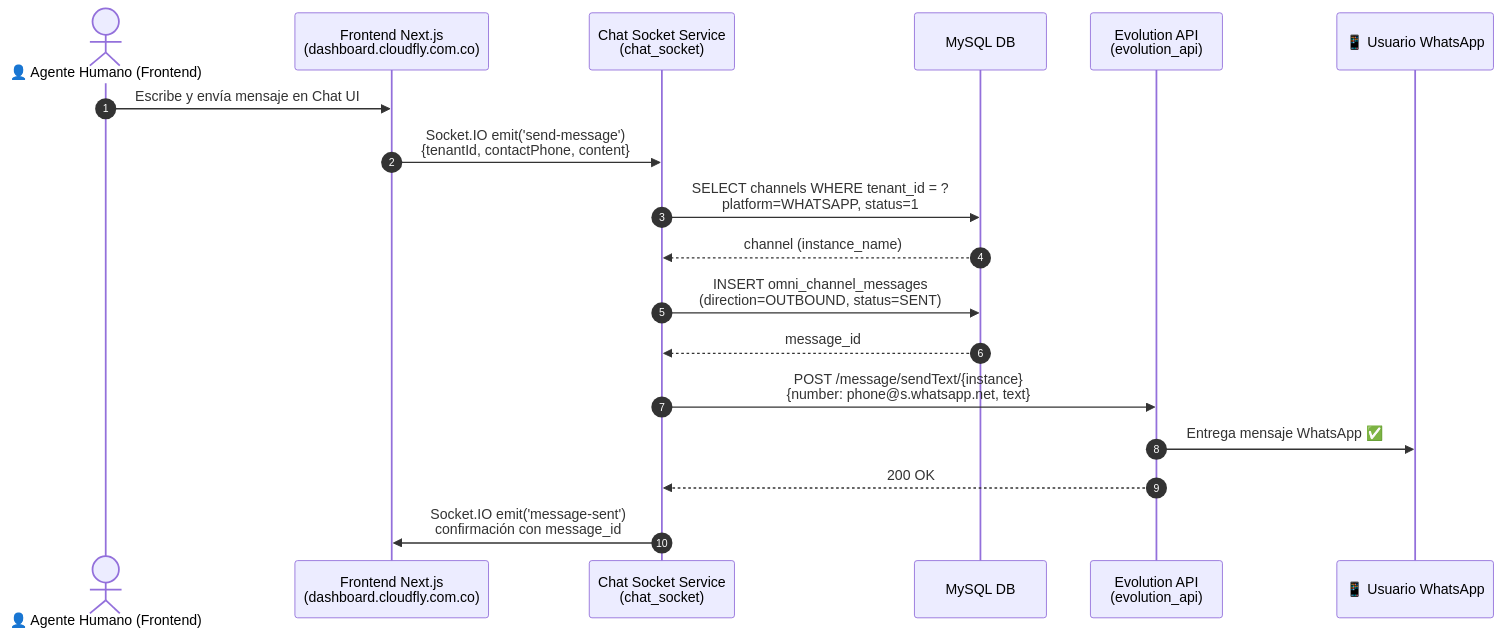
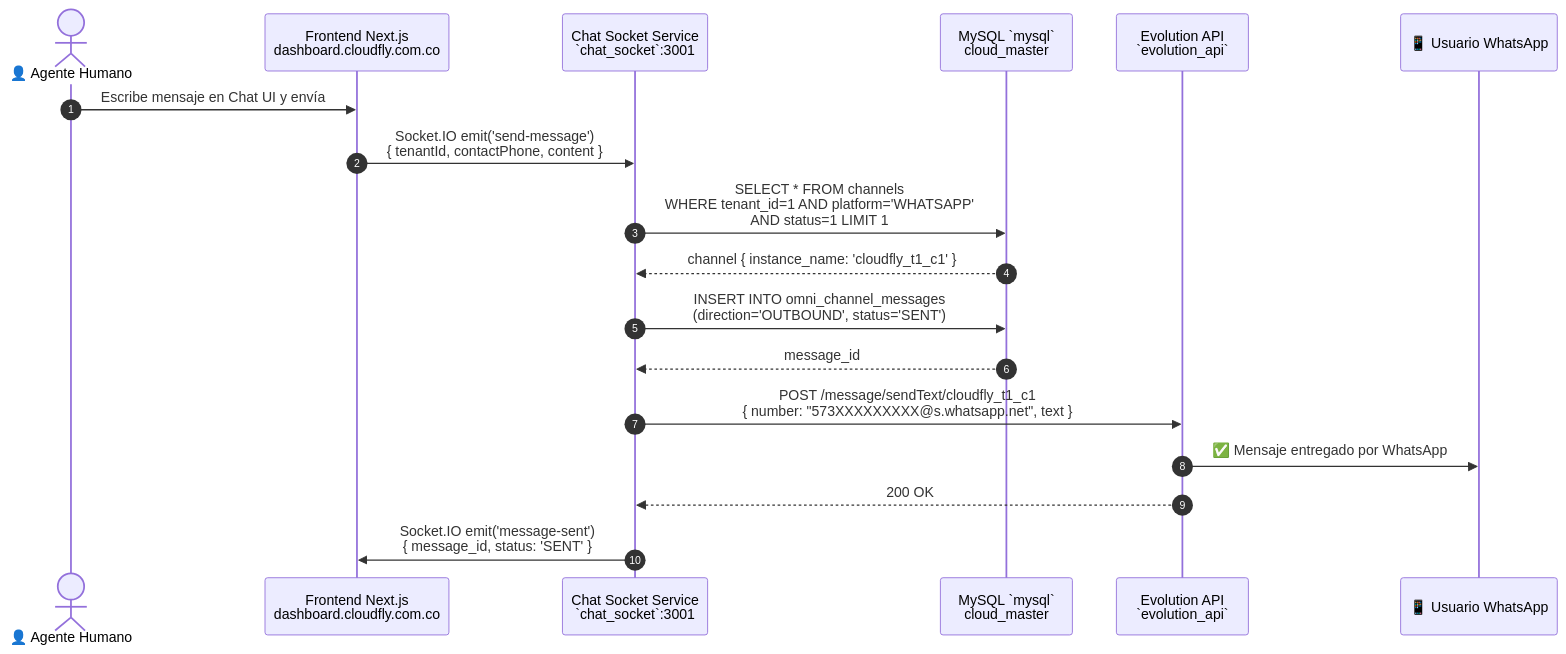
The second of 2 diagrams in docs/whatsapp_message_flow.md (Pixelweb-co/cloudfly), drawn with Mermaid before and after one commit. The commit also changed other lines of this file, not shown here.

Commit message:
docs: update whatsapp_message_flow with verified production details

````diff
--- a/docs/whatsapp_message_flow.md
+++ b/docs/whatsapp_message_flow.md
@@ -84,26 +109,26 @@
 ```mermaid
 sequenceDiagram
     autonumber
 
-    actor Agent as 👤 Agente Humano (Frontend)
-    participant FE as Frontend Next.js<br/>(dashboard.cloudfly.com.co)
-    participant ChatSocket as Chat Socket Service<br/>(chat_socket)
-    participant DB as MySQL DB
-    participant EvoAPI as Evolution API<br/>(evolution_api)
+    actor Agent as 👤 Agente Humano
+    participant FE as Frontend Next.js<br/>dashboard.cloudfly.com.co
+    participant ChatSocket as Chat Socket Service<br/>`chat_socket`:3001
+    participant DB as MySQL `mysql`<br/>cloud_master
+    participant EvoAPI as Evolution API<br/>`evolution_api`
     participant User as 📱 Usuario WhatsApp
 
-    Agent->>FE: Escribe y envía mensaje en Chat UI
-    FE->>ChatSocket: Socket.IO emit('send-message')<br/>{tenantId, contactPhone, content}
+    Agent->>FE: Escribe mensaje en Chat UI y envía
+    FE->>ChatSocket: Socket.IO emit('send-message')<br/>{ tenantId, contactPhone, content }
 
-    ChatSocket->>DB: SELECT channels WHERE tenant_id = ?<br/>platform=WHATSAPP, status=1
-    DB-->>ChatSocket: channel (instance_name)
+    ChatSocket->>DB: SELECT * FROM channels<br/>WHERE tenant_id=1 AND platform='WHATSAPP'<br/>AND status=1 LIMIT 1
+    DB-->>ChatSocket: channel { instance_name: 'cloudfly_t1_c1' }
 
-    ChatSocket->>DB: INSERT omni_channel_messages<br/>(direction=OUTBOUND, status=SENT)
+    ChatSocket->>DB: INSERT INTO omni_channel_messages<br/>(direction='OUTBOUND', status='SENT')
     DB-->>ChatSocket: message_id
 
-    ChatSocket->>EvoAPI: POST /message/sendText/{instance}<br/>{number: phone@s.whatsapp.net, text}
-    EvoAPI->>User: Entrega mensaje WhatsApp ✅
+    ChatSocket->>EvoAPI: POST /message/sendText/cloudfly_t1_c1<br/>{ number: "573XXXXXXXXX@s.whatsapp.net", text }
+    EvoAPI->>User: ✅ Mensaje entregado por WhatsApp
     EvoAPI-->>ChatSocket: 200 OK
 
-    ChatSocket->>FE: Socket.IO emit('message-sent')<br/>confirmación con message_id
+    ChatSocket->>FE: Socket.IO emit('message-sent')<br/>{ message_id, status: 'SENT' }
 ```
````
